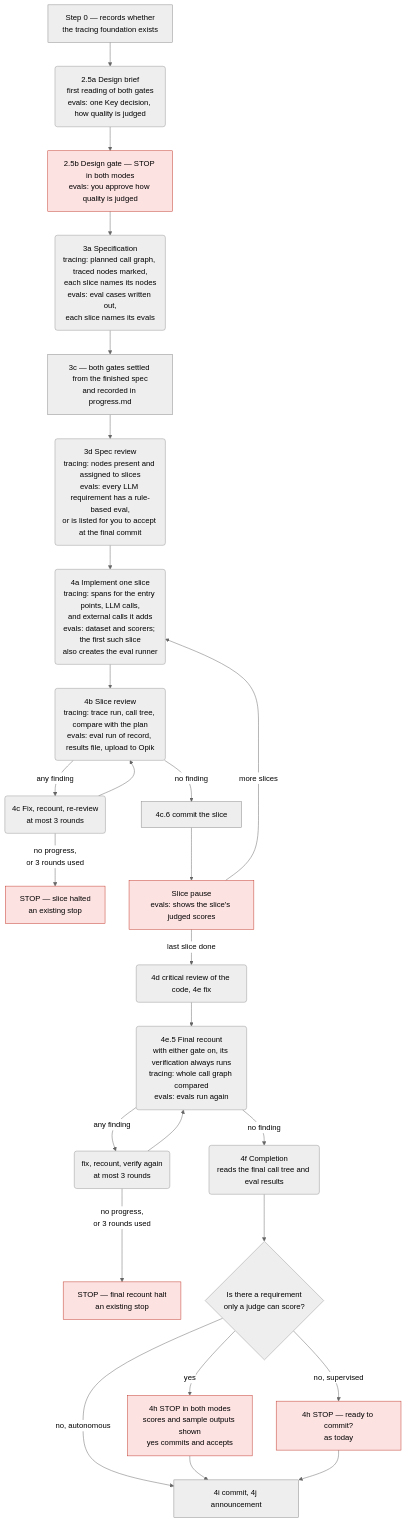
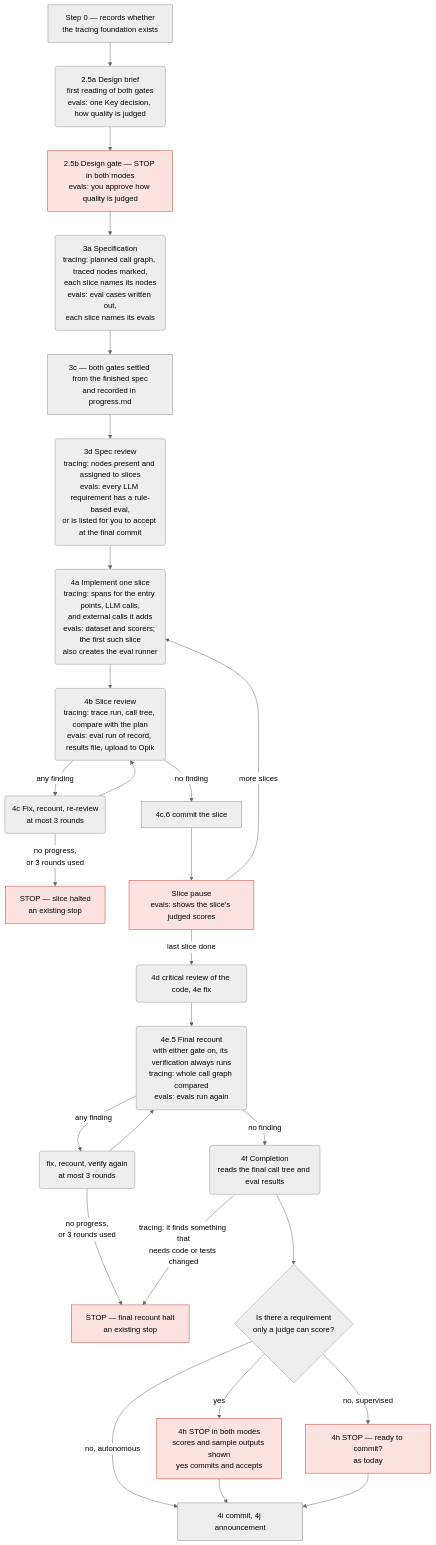
The third of 5 diagrams in agent-engineering/docs/observability-diagram.md (pablooliva/claude-plugins), drawn with Mermaid (neutral theme) before and after one commit. The commit also changed other lines of this file and 14 other files, not shown here.

First line of the commit message:
ae(3.8.0): tracing inside sdd-flow, and own-function recording — release

````diff
--- a/agent-engineering/docs/observability-diagram.md
+++ b/agent-engineering/docs/observability-diagram.md
@@ -71,31 +72,32 @@
 ```mermaid
 flowchart TD
     s0["Step 0 — records whether<br/>the tracing foundation exists"]:::orch --> brief("2.5a Design brief<br/>first reading of both gates<br/>evals: one Key decision, how quality is judged")
     brief --> gate["2.5b Design gate — STOP in both modes<br/>evals: you approve how quality is judged"]:::stop
     gate --> spec("3a Specification<br/>tracing: planned call graph, traced nodes marked,<br/>each slice names its nodes<br/>evals: eval cases written out,<br/>each slice names its evals")
     spec --> bind["3c — both gates settled from the finished spec<br/>and recorded in progress.md"]:::orch
     bind --> rev3("3d Spec review<br/>tracing: nodes present and assigned to slices<br/>evals: every LLM requirement has a rule-based eval,<br/>or is listed for you to accept at the final commit")
     rev3 --> impl("4a Implement one slice<br/>tracing: spans for the entry points, LLM calls,<br/>and external calls it adds<br/>evals: dataset and scorers; the first such slice<br/>also creates the eval runner")
     impl --> review("4b Slice review<br/>tracing: trace run, call tree, compare with the plan<br/>evals: eval run of record, results file, upload to Opik")
     review -- "any finding" --> fix("4c Fix, recount, re-review<br/>at most 3 rounds")
     fix --> review
     fix -- "no progress,<br/>or 3 rounds used" --> halt["STOP — slice halted<br/>an existing stop"]:::stop
     review -- "no finding" --> commit["4c.6 commit the slice"]:::orch
     commit --> pause["Slice pause<br/>evals: shows the slice's judged scores"]:::stop
     pause -- "more slices" --> impl
     pause -- "last slice done" --> crit("4d critical review of the code, 4e fix")
     crit --> final("4e.5 Final recount<br/>with either gate on, its verification always runs<br/>tracing: whole call graph compared<br/>evals: evals run again")
     final -- "any finding" --> ffix("fix, recount, verify again<br/>at most 3 rounds")
     ffix --> final
     ffix -- "no progress,<br/>or 3 rounds used" --> fhalt["STOP — final recount halt<br/>an existing stop"]:::stop
     final -- "no finding" --> done("4f Completion<br/>reads the final call tree and eval results")
+    done -- "tracing: it finds something that<br/>needs code or tests changed" --> fhalt
     done --> q{"Is there a requirement<br/>only a judge can score?"}
     q -- "yes" --> ask["4h STOP in both modes<br/>scores and sample outputs shown<br/>yes commits and accepts"]:::stop
     q -- "no, supervised" --> ask2["4h STOP — ready to commit?<br/>as today"]:::stop
     q -- "no, autonomous" --> c4["4i commit, 4j announcement"]:::orch
     ask --> c4
     ask2 --> c4
 
     classDef stop fill:#fde2e2,stroke:#c0392b,color:#000
     classDef orch fill:#eeeeee,stroke:#888888,color:#000
 ```
````
